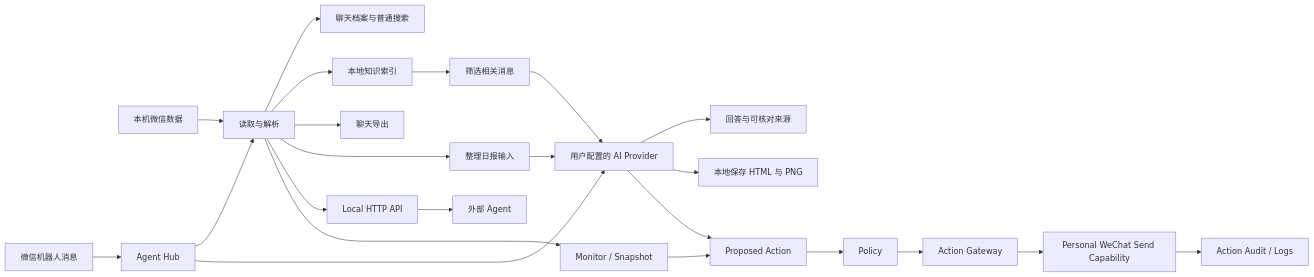
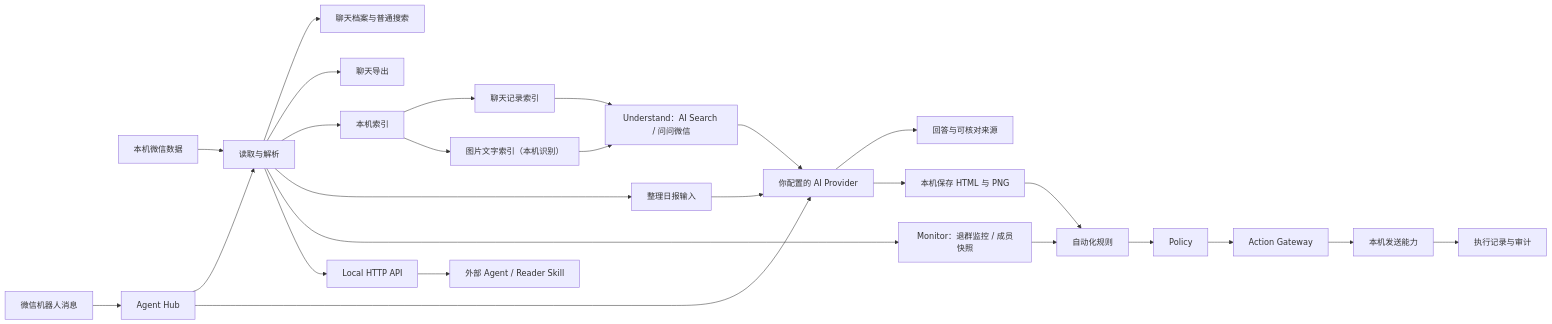
One commit to Wxw-Gu/TraceMemo changed the diagram in docs/concepts/how-it-works.md. Above: the diagram before and after it, drawn with Mermaid. The commit also changed other lines of this file and 23 other files, not shown here.

````diff
--- a/docs/concepts/how-it-works.md
+++ b/docs/concepts/how-it-works.md
@@ -5,25 +5,34 @@
 ```mermaid
 flowchart LR
-  A[本机微信数据] --> B[读取与解析]
-  B --> C[聊天档案与普通搜索]
-  B --> D[本地知识索引]
-  D --> E[筛选相关消息]
-  E --> F[用户配置的 AI Provider]
-  F --> G[回答与可核对来源]
-  B --> H[聊天导出]
-  B --> I[整理日报输入]
-  I --> F
-  F --> J[本地保存 HTML 与 PNG]
-  B --> K[Local HTTP API]
-  K --> L[外部 Agent]
-  M[微信机器人消息] --> N[Agent Hub]
-  N --> B
-  N --> F
-  B --> O[Monitor / Snapshot]
-  O --> P[Proposed Action]
-  F --> P
-  P --> Q[Policy]
-  Q --> R[Action Gateway]
-  R --> S[Personal WeChat Send Capability]
-  S --> T[Action Audit / Logs]
+  WX["本机微信数据"] --> PARSE["读取与解析"]
+
+  PARSE --> ARCHIVE["聊天档案与普通搜索"]
+  PARSE --> EXPORT["聊天导出"]
+
+  PARSE --> IDX["本机索引"]
+  IDX --> TEXTIDX["聊天记录索引"]
+  IDX --> IMGIDX["图片文字索引（本机识别）"]
+
+  TEXTIDX --> UNDERSTAND["Understand：AI Search / 问问微信"]
+  IMGIDX --> UNDERSTAND
+  UNDERSTAND --> PROVIDER["你配置的 AI Provider"]
+  PROVIDER --> ANSWER["回答与可核对来源"]
+
+  PARSE --> REPORTINPUT["整理日报输入"]
+  REPORTINPUT --> PROVIDER
+  PROVIDER --> REPORTFILE["本机保存 HTML 与 PNG"]
+
+  PARSE --> MONITOR["Monitor：退群监控 / 成员快照"]
+  MONITOR --> RULE["自动化规则"]
+  REPORTFILE --> RULE
+  RULE --> POLICY["Policy"]
+  POLICY --> GATEWAY["Action Gateway"]
+  GATEWAY --> CAP["本机发送能力"]
+  CAP --> AUDIT["执行记录与审计"]
+
+  PARSE --> API["Local HTTP API"]
+  API --> EXTAGENT["外部 Agent / Reader Skill"]
+  BOT["微信机器人消息"] --> HUB["Agent Hub"]
+  HUB --> PARSE
+  HUB --> PROVIDER
 ```
````
